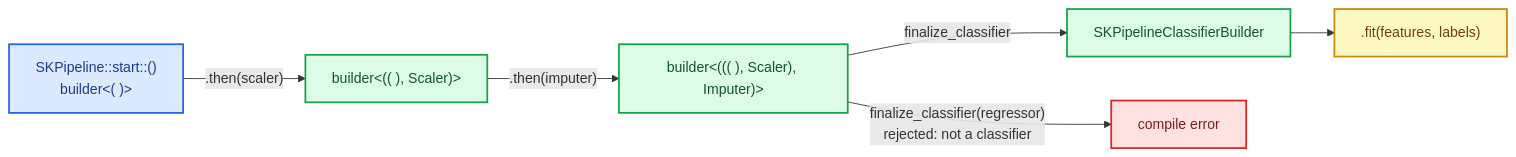
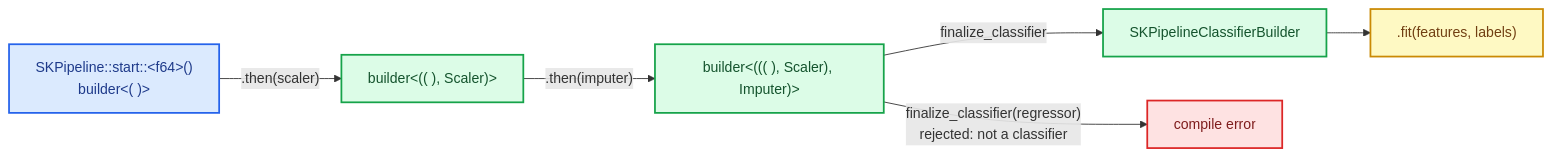
Before and after one commit to neurono-ml/sciencekit: the first of 2 diagrams in docs/src/development-explained/ch24-type-safe-pipeline.md, drawn with Mermaid.

Commit message:
docs: escape the scalar in the builder diagram label

````diff
--- a/docs/src/development-explained/ch24-type-safe-pipeline.md
+++ b/docs/src/development-explained/ch24-type-safe-pipeline.md
@@ -75,18 +75,18 @@
 ```mermaid
 flowchart LR
     accTitle: The builder type grows with every composed stage
     accDescr: A pipeline builder's second type parameter is a tuple of the stages composed so far. Starting with an empty tuple, each then call returns a builder whose tuple has one more stage. The classifier finalizer only accepts a builder whose final stage feeds a supervised estimator, so an invalid chain fails to compile instead of failing at fit time.
-    A["SKPipeline::start::<f64>()<br/>builder&lt;( )&gt;"] -->|".then(scaler)"| B["builder&lt;(( ), Scaler)&gt;"]
+    A["SKPipeline::start::&lt;f64&gt;()<br/>builder&lt;( )&gt;"] -->|".then(scaler)"| B["builder&lt;(( ), Scaler)&gt;"]
     B -->|".then(imputer)"| C["builder&lt;((( ), Scaler), Imputer)&gt;"]
     C -->|"finalize_classifier"| D["SKPipelineClassifierBuilder"]
     C -->|"finalize_classifier(regressor)<br/>rejected: not a classifier"| E["compile error"]
     D --> F[".fit(features, labels)"]
     classDef start fill:#dbeafe,stroke:#2563eb,stroke-width:2px,color:#1e3a8a
     classDef built fill:#dcfce7,stroke:#16a34a,stroke-width:2px,color:#14532d
     classDef bad fill:#fee2e2,stroke:#dc2626,stroke-width:2px,color:#7f1d1d
     classDef result fill:#fef9c3,stroke:#ca8a04,stroke-width:2px,color:#713f12
     class A start
     class B,C,D built
     class E bad
     class F result
 ```
````
